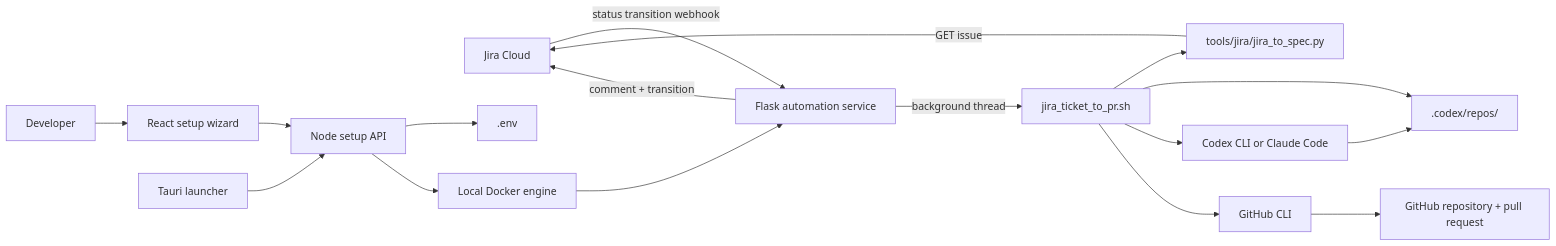
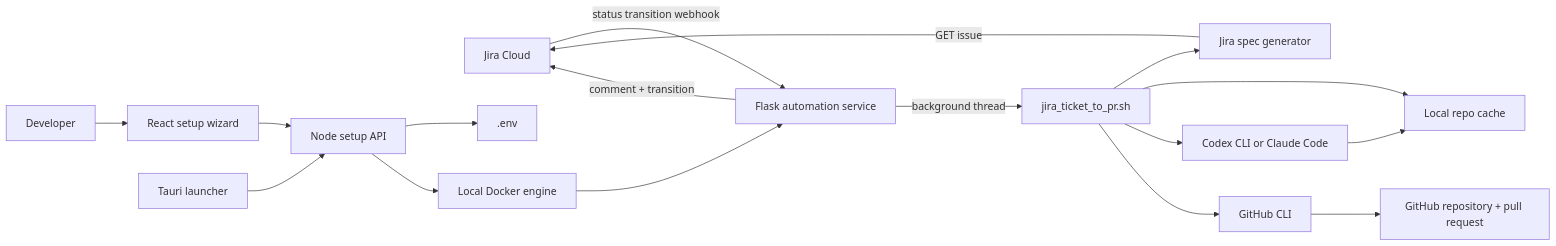
One commit to RDK995/JiraWorkflowAutomation changed the first of 7 diagrams in README.md. Above: the diagram before and after it, drawn with Mermaid. The commit also changed other lines of this file and 1 other file, not shown here.

Commit message:
Fix Mermaid diagram labels

````diff
--- a/README.md
+++ b/README.md
@@ -54,20 +54,20 @@
 ```mermaid
 flowchart LR
     Jira[Jira Cloud] -->|status transition webhook| Webhook[Flask automation service]
     Webhook -->|background thread| Workflow[jira_ticket_to_pr.sh]
-    Workflow --> Spec[tools/jira/jira_to_spec.py]
+    Workflow --> Spec[Jira spec generator]
     Spec -->|GET issue| Jira
-    Workflow --> RepoCache[.codex/repos/<target-repo>]
+    Workflow --> RepoCache[Local repo cache]
     Workflow --> AI[Codex CLI or Claude Code]
     Workflow --> GH[GitHub CLI]
     AI --> RepoCache
     GH --> GitHub[GitHub repository + pull request]
     Webhook -->|comment + transition| Jira
 
     User[Developer] --> SetupUI[React setup wizard]
     SetupUI --> SetupAPI[Node setup API]
     SetupAPI --> Env[.env]
     SetupAPI --> Docker[Local Docker engine]
     Docker --> Webhook
     Launcher[Tauri launcher] --> SetupAPI
 ```
````
